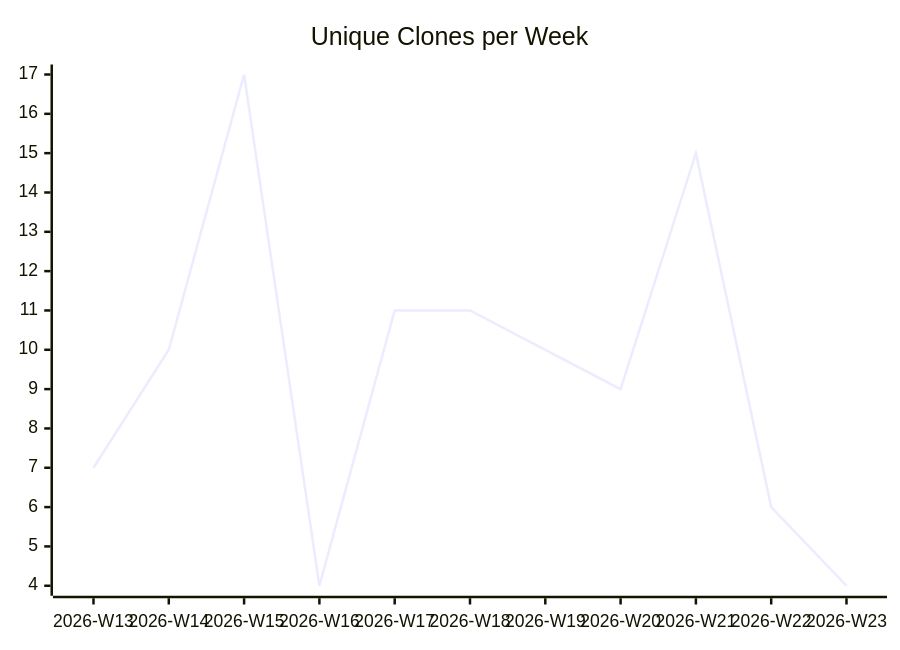
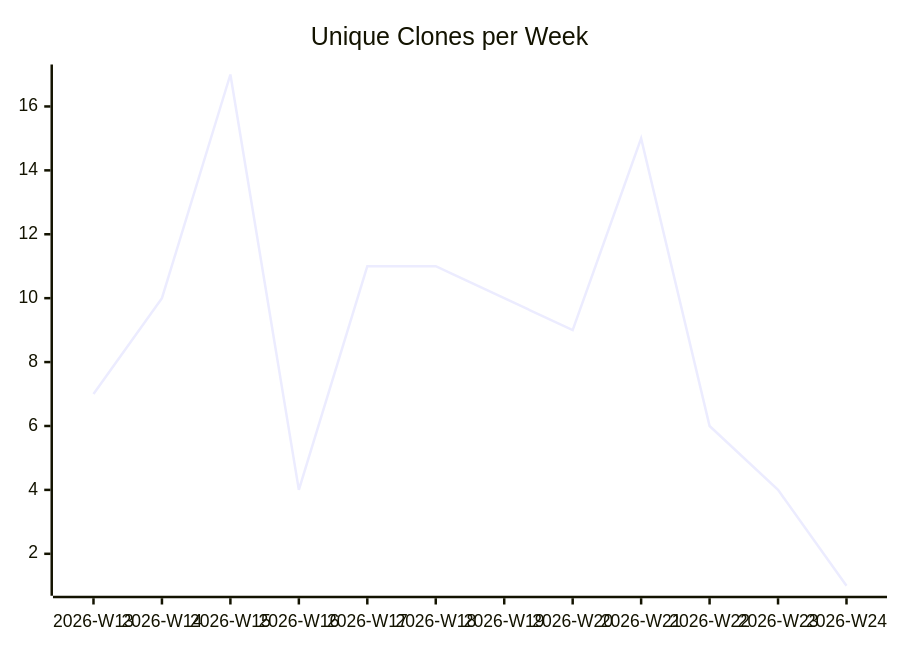
The third of 3 diagrams in karlmdavis/ksoap2-android/README.md (justdavis-family/github-analytics-data), drawn with Mermaid before and after one commit. The commit also changed other lines of this file and 189 other files, not shown here.

````diff
--- a/karlmdavis/ksoap2-android/README.md
+++ b/karlmdavis/ksoap2-android/README.md
@@ -19,6 +19,6 @@
 ```mermaid
 xychart-beta
   title "Unique Clones per Week"
-  x-axis ["2026-W13", "2026-W14", "2026-W15", "2026-W16", "2026-W17", "2026-W18", "2026-W19", "2026-W20", "2026-W21", "2026-W22", "2026-W23"]
-  line [7, 10, 17, 4, 11, 11, 10, 9, 15, 6, 4]
+  x-axis ["2026-W13", "2026-W14", "2026-W15", "2026-W16", "2026-W17", "2026-W18", "2026-W19", "2026-W20", "2026-W21", "2026-W22", "2026-W23", "2026-W24"]
+  line [7, 10, 17, 4, 11, 11, 10, 9, 15, 6, 4, 1]
 ```
````
